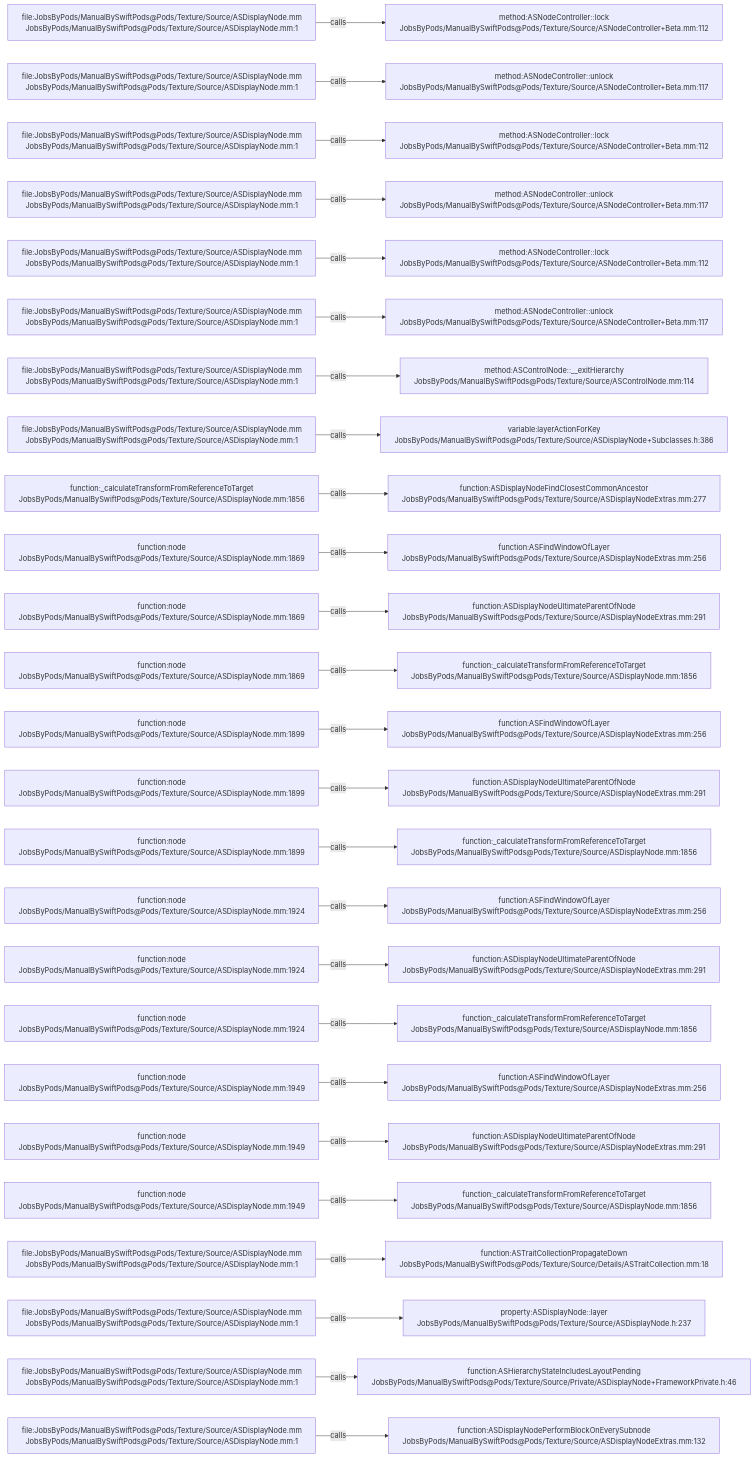
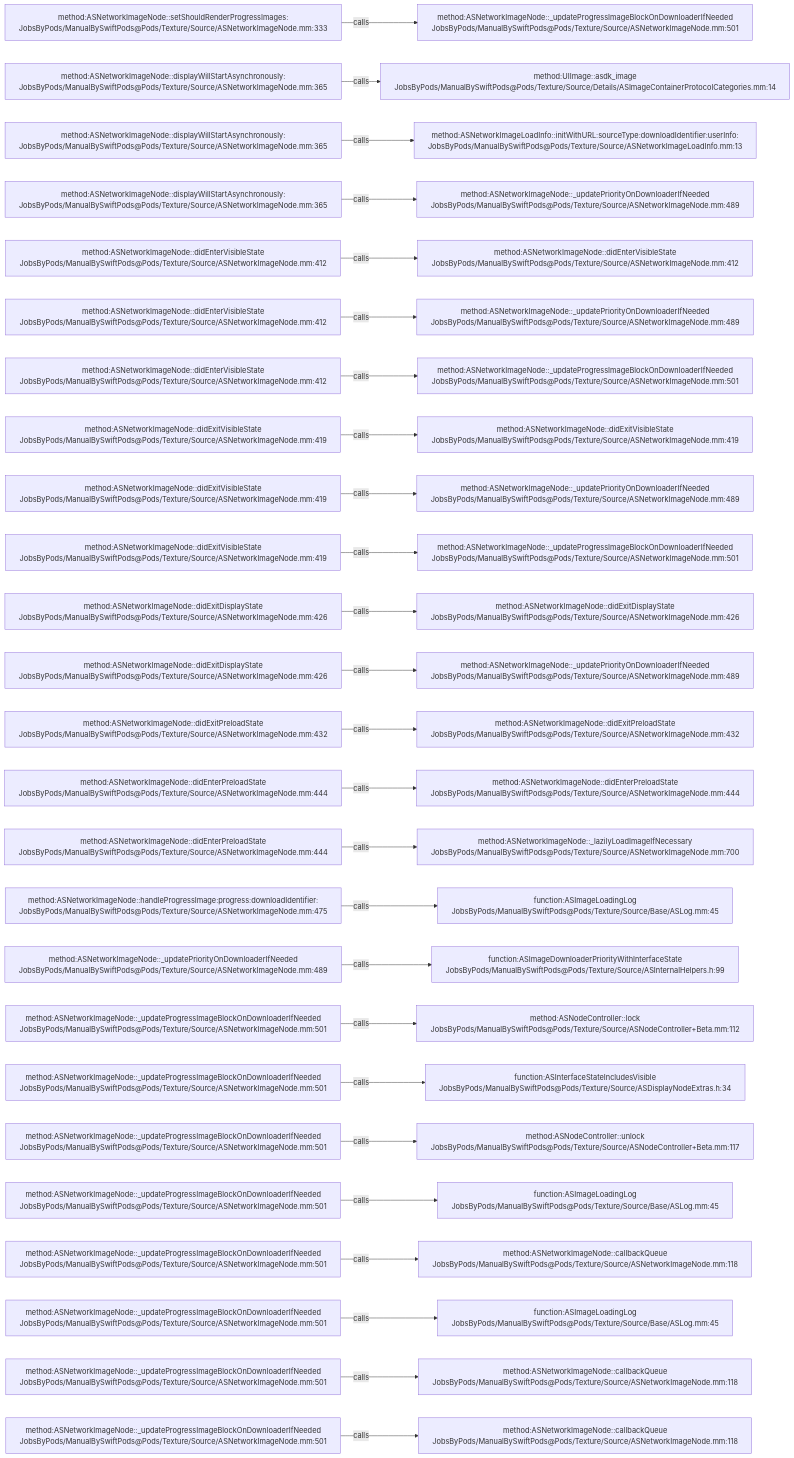
Before and after one commit to JobsKits/JobsSwiftBaseConfigDemo: the diagram in .codegraph/codegraph.md/graphs/calls-050.md, drawn with Mermaid. The commit also changed 832 other files, not shown here.

````diff
--- a/.codegraph/codegraph.md/graphs/calls-050.md
+++ b/.codegraph/codegraph.md/graphs/calls-050.md
@@ -13,78 +13,78 @@
 ```mermaid
 flowchart LR
-  S1["file:JobsByPods/ManualBySwiftPods@Pods/Texture/Source/ASDisplayNode.mm<br/>JobsByPods/ManualBySwiftPods@Pods/Texture/Source/ASDisplayNode.mm:1"]
-  T1["method:ASNodeController::lock<br/>JobsByPods/ManualBySwiftPods@Pods/Texture/Source/ASNodeController+Beta.mm:112"]
+  S1["method:ASNetworkImageNode::setShouldRenderProgressImages:<br/>JobsByPods/ManualBySwiftPods@Pods/Texture/Source/ASNetworkImageNode.mm:333"]
+  T1["method:ASNetworkImageNode::_updateProgressImageBlockOnDownloaderIfNeeded<br/>JobsByPods/ManualBySwiftPods@Pods/Texture/Source/ASNetworkImageNode.mm:501"]
   S1 -->|calls| T1
-  S2["file:JobsByPods/ManualBySwiftPods@Pods/Texture/Source/ASDisplayNode.mm<br/>JobsByPods/ManualBySwiftPods@Pods/Texture/Source/ASDisplayNode.mm:1"]
-  T2["method:ASNodeController::unlock<br/>JobsByPods/ManualBySwiftPods@Pods/Texture/Source/ASNodeController+Beta.mm:117"]
+  S2["method:ASNetworkImageNode::displayWillStartAsynchronously:<br/>JobsByPods/ManualBySwiftPods@Pods/Texture/Source/ASNetworkImageNode.mm:365"]
+  T2["method:UIImage::asdk_image<br/>JobsByPods/ManualBySwiftPods@Pods/Texture/Source/Details/ASImageContainerProtocolCategories.mm:14"]
   S2 -->|calls| T2
-  S3["file:JobsByPods/ManualBySwiftPods@Pods/Texture/Source/ASDisplayNode.mm<br/>JobsByPods/ManualBySwiftPods@Pods/Texture/Source/ASDisplayNode.mm:1"]
-  T3["method:ASNodeController::lock<br/>JobsByPods/ManualBySwiftPods@Pods/Texture/Source/ASNodeController+Beta.mm:112"]
+  S3["method:ASNetworkImageNode::displayWillStartAsynchronously:<br/>JobsByPods/ManualBySwiftPods@Pods/Texture/Source/ASNetworkImageNode.mm:365"]
+  T3["method:ASNetworkImageLoadInfo::initWithURL:sourceType:downloadIdentifier:userInfo:<br/>JobsByPods/ManualBySwiftPods@Pods/Texture/Source/ASNetworkImageLoadInfo.mm:13"]
   S3 -->|calls| T3
-  S4["file:JobsByPods/ManualBySwiftPods@Pods/Texture/Source/ASDisplayNode.mm<br/>JobsByPods/ManualBySwiftPods@Pods/Texture/Source/ASDisplayNode.mm:1"]
-  T4["method:ASNodeController::unlock<br/>JobsByPods/ManualBySwiftPods@Pods/Texture/Source/ASNodeController+Beta.mm:117"]
+  S4["method:ASNetworkImageNode::displayWillStartAsynchronously:<br/>JobsByPods/ManualBySwiftPods@Pods/Texture/Source/ASNetworkImageNode.mm:365"]
+  T4["method:ASNetworkImageNode::_updatePriorityOnDownloaderIfNeeded<br/>JobsByPods/ManualBySwiftPods@Pods/Texture/Source/ASNetworkImageNode.mm:489"]
   S4 -->|calls| T4
-  S5["file:JobsByPods/ManualBySwiftPods@Pods/Texture/Source/ASDisplayNode.mm<br/>JobsByPods/ManualBySwiftPods@Pods/Texture/Source/ASDisplayNode.mm:1"]
-  T5["method:ASNodeController::lock<br/>JobsByPods/ManualBySwiftPods@Pods/Texture/Source/ASNodeController+Beta.mm:112"]
+  S5["method:ASNetworkImageNode::didEnterVisibleState<br/>JobsByPods/ManualBySwiftPods@Pods/Texture/Source/ASNetworkImageNode.mm:412"]
+  T5["method:ASNetworkImageNode::didEnterVisibleState<br/>JobsByPods/ManualBySwiftPods@Pods/Texture/Source/ASNetworkImageNode.mm:412"]
   S5 -->|calls| T5
-  S6["file:JobsByPods/ManualBySwiftPods@Pods/Texture/Source/ASDisplayNode.mm<br/>JobsByPods/ManualBySwiftPods@Pods/Texture/Source/ASDisplayNode.mm:1"]
-  T6["method:ASNodeController::unlock<br/>JobsByPods/ManualBySwiftPods@Pods/Texture/Source/ASNodeController+Beta.mm:117"]
+  S6["method:ASNetworkImageNode::didEnterVisibleState<br/>JobsByPods/ManualBySwiftPods@Pods/Texture/Source/ASNetworkImageNode.mm:412"]
+  T6["method:ASNetworkImageNode::_updatePriorityOnDownloaderIfNeeded<br/>JobsByPods/ManualBySwiftPods@Pods/Texture/Source/ASNetworkImageNode.mm:489"]
   S6 -->|calls| T6
-  S7["file:JobsByPods/ManualBySwiftPods@Pods/Texture/Source/ASDisplayNode.mm<br/>JobsByPods/ManualBySwiftPods@Pods/Texture/Source/ASDisplayNode.mm:1"]
-  T7["method:ASControlNode::__exitHierarchy<br/>JobsByPods/ManualBySwiftPods@Pods/Texture/Source/ASControlNode.mm:114"]
+  S7["method:ASNetworkImageNode::didEnterVisibleState<br/>JobsByPods/ManualBySwiftPods@Pods/Texture/Source/ASNetworkImageNode.mm:412"]
+  T7["method:ASNetworkImageNode::_updateProgressImageBlockOnDownloaderIfNeeded<br/>JobsByPods/ManualBySwiftPods@Pods/Texture/Source/ASNetworkImageNode.mm:501"]
   S7 -->|calls| T7
-  S8["file:JobsByPods/ManualBySwiftPods@Pods/Texture/Source/ASDisplayNode.mm<br/>JobsByPods/ManualBySwiftPods@Pods/Texture/Source/ASDisplayNode.mm:1"]
-  T8["variable:layerActionForKey<br/>JobsByPods/ManualBySwiftPods@Pods/Texture/Source/ASDisplayNode+Subclasses.h:386"]
+  S8["method:ASNetworkImageNode::didExitVisibleState<br/>JobsByPods/ManualBySwiftPods@Pods/Texture/Source/ASNetworkImageNode.mm:419"]
+  T8["method:ASNetworkImageNode::didExitVisibleState<br/>JobsByPods/ManualBySwiftPods@Pods/Texture/Source/ASNetworkImageNode.mm:419"]
   S8 -->|calls| T8
-  S9["function:_calculateTransformFromReferenceToTarget<br/>JobsByPods/ManualBySwiftPods@Pods/Texture/Source/ASDisplayNode.mm:1856"]
-  T9["function:ASDisplayNodeFindClosestCommonAncestor<br/>JobsByPods/ManualBySwiftPods@Pods/Texture/Source/ASDisplayNodeExtras.mm:277"]
+  S9["method:ASNetworkImageNode::didExitVisibleState<br/>JobsByPods/ManualBySwiftPods@Pods/Texture/Source/ASNetworkImageNode.mm:419"]
+  T9["method:ASNetworkImageNode::_updatePriorityOnDownloaderIfNeeded<br/>JobsByPods/ManualBySwiftPods@Pods/Texture/Source/ASNetworkImageNode.mm:489"]
   S9 -->|calls| T9
-  S10["function:node<br/>JobsByPods/ManualBySwiftPods@Pods/Texture/Source/ASDisplayNode.mm:1869"]
-  T10["function:ASFindWindowOfLayer<br/>JobsByPods/ManualBySwiftPods@Pods/Texture/Source/ASDisplayNodeExtras.mm:256"]
+  S10["method:ASNetworkImageNode::didExitVisibleState<br/>JobsByPods/ManualBySwiftPods@Pods/Texture/Source/ASNetworkImageNode.mm:419"]
+  T10["method:ASNetworkImageNode::_updateProgressImageBlockOnDownloaderIfNeeded<br/>JobsByPods/ManualBySwiftPods@Pods/Texture/Source/ASNetworkImageNode.mm:501"]
   S10 -->|calls| T10
-  S11["function:node<br/>JobsByPods/ManualBySwiftPods@Pods/Texture/Source/ASDisplayNode.mm:1869"]
-  T11["function:ASDisplayNodeUltimateParentOfNode<br/>JobsByPods/ManualBySwiftPods@Pods/Texture/Source/ASDisplayNodeExtras.mm:291"]
+  S11["method:ASNetworkImageNode::didExitDisplayState<br/>JobsByPods/ManualBySwiftPods@Pods/Texture/Source/ASNetworkImageNode.mm:426"]
+  T11["method:ASNetworkImageNode::didExitDisplayState<br/>JobsByPods/ManualBySwiftPods@Pods/Texture/Source/ASNetworkImageNode.mm:426"]
   S11 -->|calls| T11
-  S12["function:node<br/>JobsByPods/ManualBySwiftPods@Pods/Texture/Source/ASDisplayNode.mm:1869"]
-  T12["function:_calculateTransformFromReferenceToTarget<br/>JobsByPods/ManualBySwiftPods@Pods/Texture/Source/ASDisplayNode.mm:1856"]
+  S12["method:ASNetworkImageNode::didExitDisplayState<br/>JobsByPods/ManualBySwiftPods@Pods/Texture/Source/ASNetworkImageNode.mm:426"]
+  T12["method:ASNetworkImageNode::_updatePriorityOnDownloaderIfNeeded<br/>JobsByPods/ManualBySwiftPods@Pods/Texture/Source/ASNetworkImageNode.mm:489"]
   S12 -->|calls| T12
-  S13["function:node<br/>JobsByPods/ManualBySwiftPods@Pods/Texture/Source/ASDisplayNode.mm:1899"]
-  T13["function:ASFindWindowOfLayer<br/>JobsByPods/ManualBySwiftPods@Pods/Texture/Source/ASDisplayNodeExtras.mm:256"]
+  S13["method:ASNetworkImageNode::didExitPreloadState<br/>JobsByPods/ManualBySwiftPods@Pods/Texture/Source/ASNetworkImageNode.mm:432"]
+  T13["method:ASNetworkImageNode::didExitPreloadState<br/>JobsByPods/ManualBySwiftPods@Pods/Texture/Source/ASNetworkImageNode.mm:432"]
   S13 -->|calls| T13
-  S14["function:node<br/>JobsByPods/ManualBySwiftPods@Pods/Texture/Source/ASDisplayNode.mm:1899"]
-  T14["function:ASDisplayNodeUltimateParentOfNode<br/>JobsByPods/ManualBySwiftPods@Pods/Texture/Source/ASDisplayNodeExtras.mm:291"]
+  S14["method:ASNetworkImageNode::didEnterPreloadState<br/>JobsByPods/ManualBySwiftPods@Pods/Texture/Source/ASNetworkImageNode.mm:444"]
+  T14["method:ASNetworkImageNode::didEnterPreloadState<br/>JobsByPods/ManualBySwiftPods@Pods/Texture/Source/ASNetworkImageNode.mm:444"]
   S14 -->|calls| T14
-  S15["function:node<br/>JobsByPods/ManualBySwiftPods@Pods/Texture/Source/ASDisplayNode.mm:1899"]
-  T15["function:_calculateTransformFromReferenceToTarget<br/>JobsByPods/ManualBySwiftPods@Pods/Texture/Source/ASDisplayNode.mm:1856"]
+  S15["method:ASNetworkImageNode::didEnterPreloadState<br/>JobsByPods/ManualBySwiftPods@Pods/Texture/Source/ASNetworkImageNode.mm:444"]
+  T15["method:ASNetworkImageNode::_lazilyLoadImageIfNecessary<br/>JobsByPods/ManualBySwiftPods@Pods/Texture/Source/ASNetworkImageNode.mm:700"]
   S15 -->|calls| T15
-  S16["function:node<br/>JobsByPods/ManualBySwiftPods@Pods/Texture/Source/ASDisplayNode.mm:1924"]
-  T16["function:ASFindWindowOfLayer<br/>JobsByPods/ManualBySwiftPods@Pods/Texture/Source/ASDisplayNodeExtras.mm:256"]
+  S16["method:ASNetworkImageNode::handleProgressImage:progress:downloadIdentifier:<br/>JobsByPods/ManualBySwiftPods@Pods/Texture/Source/ASNetworkImageNode.mm:475"]
+  T16["function:ASImageLoadingLog<br/>JobsByPods/ManualBySwiftPods@Pods/Texture/Source/Base/ASLog.mm:45"]
   S16 -->|calls| T16
-  S17["function:node<br/>JobsByPods/ManualBySwiftPods@Pods/Texture/Source/ASDisplayNode.mm:1924"]
-  T17["function:ASDisplayNodeUltimateParentOfNode<br/>JobsByPods/ManualBySwiftPods@Pods/Texture/Source/ASDisplayNodeExtras.mm:291"]
+  S17["method:ASNetworkImageNode::_updatePriorityOnDownloaderIfNeeded<br/>JobsByPods/ManualBySwiftPods@Pods/Texture/Source/ASNetworkImageNode.mm:489"]
+  T17["function:ASImageDownloaderPriorityWithInterfaceState<br/>JobsByPods/ManualBySwiftPods@Pods/Texture/Source/ASInternalHelpers.h:99"]
   S17 -->|calls| T17
-  S18["function:node<br/>JobsByPods/ManualBySwiftPods@Pods/Texture/Source/ASDisplayNode.mm:1924"]
-  T18["function:_calculateTransformFromReferenceToTarget<br/>JobsByPods/ManualBySwiftPods@Pods/Texture/Source/ASDisplayNode.mm:1856"]
+  S18["method:ASNetworkImageNode::_updateProgressImageBlockOnDownloaderIfNeeded<br/>JobsByPods/ManualBySwiftPods@Pods/Texture/Source/ASNetworkImageNode.mm:501"]
+  T18["method:ASNodeController::lock<br/>JobsByPods/ManualBySwiftPods@Pods/Texture/Source/ASNodeController+Beta.mm:112"]
   S18 -->|calls| T18
-  S19["function:node<br/>JobsByPods/ManualBySwiftPods@Pods/Texture/Source/ASDisplayNode.mm:1949"]
-  T19["function:ASFindWindowOfLayer<br/>JobsByPods/ManualBySwiftPods@Pods/Texture/Source/ASDisplayNodeExtras.mm:256"]
+  S19["method:ASNetworkImageNode::_updateProgressImageBlockOnDownloaderIfNeeded<br/>JobsByPods/ManualBySwiftPods@Pods/Texture/Source/ASNetworkImageNode.mm:501"]
+  T19["function:ASInterfaceStateIncludesVisible<br/>JobsByPods/ManualBySwiftPods@Pods/Texture/Source/ASDisplayNodeExtras.h:34"]
   S19 -->|calls| T19
-  S20["function:node<br/>JobsByPods/ManualBySwiftPods@Pods/Texture/Source/ASDisplayNode.mm:1949"]
-  T20["function:ASDisplayNodeUltimateParentOfNode<br/>JobsByPods/ManualBySwiftPods@Pods/Texture/Source/ASDisplayNodeExtras.mm:291"]
+  S20["method:ASNetworkImageNode::_updateProgressImageBlockOnDownloaderIfNeeded<br/>JobsByPods/ManualBySwiftPods@Pods/Texture/Source/ASNetworkImageNode.mm:501"]
+  T20["method:ASNodeController::unlock<br/>JobsByPods/ManualBySwiftPods@Pods/Texture/Source/ASNodeController+Beta.mm:117"]
   S20 -->|calls| T20
-  S21["function:node<br/>JobsByPods/ManualBySwiftPods@Pods/Texture/Source/ASDisplayNode.mm:1949"]
-  T21["function:_calculateTransformFromReferenceToTarget<br/>JobsByPods/ManualBySwiftPods@Pods/Texture/Source/ASDisplayNode.mm:1856"]
+  S21["method:ASNetworkImageNode::_updateProgressImageBlockOnDownloaderIfNeeded<br/>JobsByPods/ManualBySwiftPods@Pods/Texture/Source/ASNetworkImageNode.mm:501"]
+  T21["function:ASImageLoadingLog<br/>JobsByPods/ManualBySwiftPods@Pods/Texture/Source/Base/ASLog.mm:45"]
   S21 -->|calls| T21
-  S22["file:JobsByPods/ManualBySwiftPods@Pods/Texture/Source/ASDisplayNode.mm<br/>JobsByPods/ManualBySwiftPods@Pods/Texture/Source/ASDisplayNode.mm:1"]
-  T22["function:ASTraitCollectionPropagateDown<br/>JobsByPods/ManualBySwiftPods@Pods/Texture/Source/Details/ASTraitCollection.mm:18"]
+  S22["method:ASNetworkImageNode::_updateProgressImageBlockOnDownloaderIfNeeded<br/>JobsByPods/ManualBySwiftPods@Pods/Texture/Source/ASNetworkImageNode.mm:501"]
+  T22["method:ASNetworkImageNode::callbackQueue<br/>JobsByPods/ManualBySwiftPods@Pods/Texture/Source/ASNetworkImageNode.mm:118"]
   S22 -->|calls| T22
-  S23["file:JobsByPods/ManualBySwiftPods@Pods/Texture/Source/ASDisplayNode.mm<br/>JobsByPods/ManualBySwiftPods@Pods/Texture/Source/ASDisplayNode.mm:1"]
-  T23["property:ASDisplayNode::layer<br/>JobsByPods/ManualBySwiftPods@Pods/Texture/Source/ASDisplayNode.h:237"]
+  S23["method:ASNetworkImageNode::_updateProgressImageBlockOnDownloaderIfNeeded<br/>JobsByPods/ManualBySwiftPods@Pods/Texture/Source/ASNetworkImageNode.mm:501"]
+  T23["function:ASImageLoadingLog<br/>JobsByPods/ManualBySwiftPods@Pods/Texture/Source/Base/ASLog.mm:45"]
   S23 -->|calls| T23
-  S24["file:JobsByPods/ManualBySwiftPods@Pods/Texture/Source/ASDisplayNode.mm<br/>JobsByPods/ManualBySwiftPods@Pods/Texture/Source/ASDisplayNode.mm:1"]
-  T24["function:ASHierarchyStateIncludesLayoutPending<br/>JobsByPods/ManualBySwiftPods@Pods/Texture/Source/Private/ASDisplayNode+FrameworkPrivate.h:46"]
+  S24["method:ASNetworkImageNode::_updateProgressImageBlockOnDownloaderIfNeeded<br/>JobsByPods/ManualBySwiftPods@Pods/Texture/Source/ASNetworkImageNode.mm:501"]
+  T24["method:ASNetworkImageNode::callbackQueue<br/>JobsByPods/ManualBySwiftPods@Pods/Texture/Source/ASNetworkImageNode.mm:118"]
   S24 -->|calls| T24
-  S25["file:JobsByPods/ManualBySwiftPods@Pods/Texture/Source/ASDisplayNode.mm<br/>JobsByPods/ManualBySwiftPods@Pods/Texture/Source/ASDisplayNode.mm:1"]
-  T25["function:ASDisplayNodePerformBlockOnEverySubnode<br/>JobsByPods/ManualBySwiftPods@Pods/Texture/Source/ASDisplayNodeExtras.mm:132"]
+  S25["method:ASNetworkImageNode::_updateProgressImageBlockOnDownloaderIfNeeded<br/>JobsByPods/ManualBySwiftPods@Pods/Texture/Source/ASNetworkImageNode.mm:501"]
+  T25["method:ASNetworkImageNode::callbackQueue<br/>JobsByPods/ManualBySwiftPods@Pods/Texture/Source/ASNetworkImageNode.mm:118"]
   S25 -->|calls| T25
 ```
````
